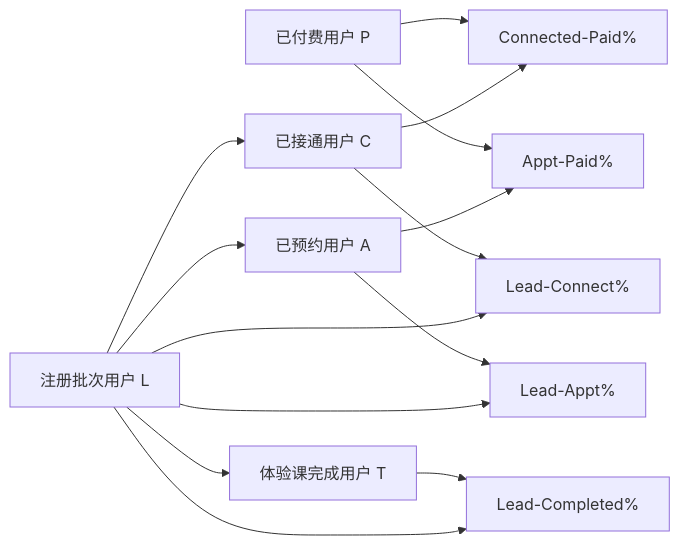
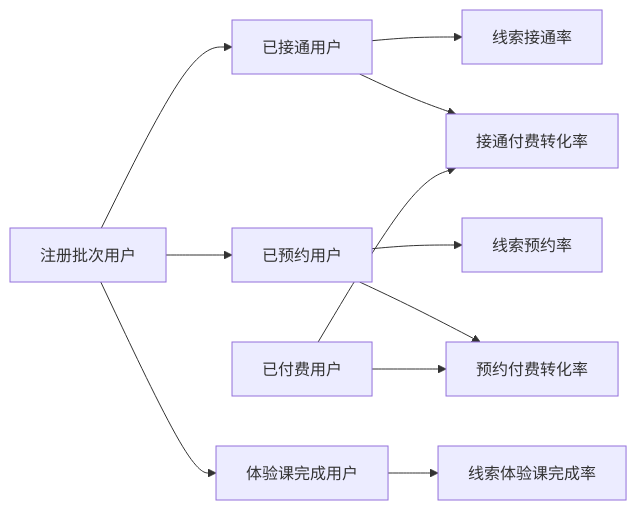
The second of 2 diagrams in projects/follow-up-funnel/PRD.md (h3-ai-lab/hhhprd), drawn with Mermaid before and after one commit. The commit also changed other lines of this file and 13 other files, not shown here.

````diff
--- a/projects/follow-up-funnel/PRD.md
+++ b/projects/follow-up-funnel/PRD.md
@@ -69,16 +82,13 @@
 ```mermaid
 flowchart LR
-    L[注册批次用户 L] --> C[已接通用户 C]
-    L --> A[已预约用户 A]
-    L --> T[体验课完成用户 T]
-    C --> CP[Connected-Paid%]
-    A --> AP[Appt-Paid%]
-    P[已付费用户 P] --> CP
-    P --> AP
-    L --> M1[Lead-Connect%]
-    C --> M1
-    L --> M2[Lead-Appt%]
-    A --> M2
-    L --> M3[Lead-Completed%]
-    T --> M3
+    L[注册批次用户] --> C[已接通用户]
+    L --> A[已预约用户]
+    L --> T[体验课完成用户]
+    C --> M1[线索接通率]
+    A --> M2[线索预约率]
+    T --> M3[线索体验课完成率]
+    C --> M4[接通付费转化率]
+    A --> M5[预约付费转化率]
+    P[已付费用户] --> M4
+    P --> M5
 ```
````
